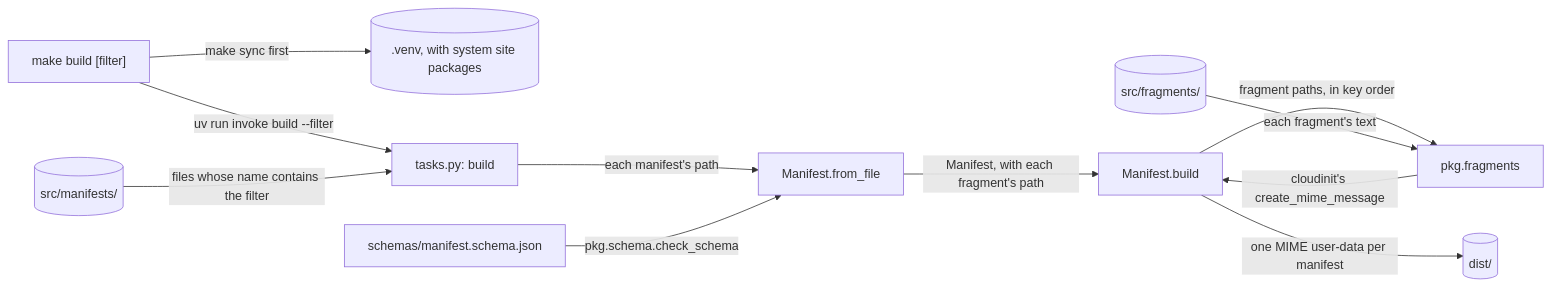
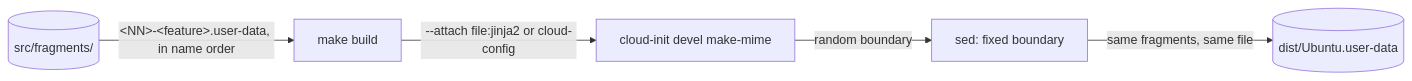
One commit to froazin/wsl changed the diagram in docs/build.md. Above: the diagram before and after it, drawn with Mermaid. The commit also changed other lines of this file and 44 other files, not shown here.

First line of the commit message:
feat(cloud-init): Build one Ubuntu user-data and release it with commitizen (#12)

````diff
--- a/docs/build.md
+++ b/docs/build.md
@@ -27,15 +21,9 @@
 ```mermaid
 flowchart LR
-    accTitle: How make build turns the manifests into dist
-    accDescr: make build sets up the venv with make sync, then runs invoke build. The build task picks the manifests in src/manifests whose file name contains the filter. Manifest.from_file reads each one, checks it with pkg.schema against schemas/manifest.schema.json and resolves its fragment names to paths in src/fragments. Manifest.build passes the paths to pkg.fragments, which joins them with cloud-init's create_mime_message and returns the user-data, which build writes to dist.
-    make["make build [filter]"] -->|"make sync first"| venv[(".venv, with system site packages")]
-    make -->|"uv run invoke build --filter"| task["tasks.py: build"]
-    manifests[("src/manifests/")] -->|"files whose name contains the filter"| task
-    task -->|"each manifest's path"| load["Manifest.from_file"]
-    schema["schemas/manifest.schema.json"] -->|"pkg.schema.check_schema"| load
-    load -->|"Manifest, with each fragment's path"| build["Manifest.build"]
-    build -->|"fragment paths, in key order"| join["pkg.fragments"]
-    fragments[("src/fragments/")] -->|"each fragment's text"| join
-    join -->|"cloudinit's create_mime_message"| build
-    build -->|"one MIME user-data per manifest"| dist[("dist/")]
+    accTitle: How make build turns the fragments into the user-data
+    accDescr: make build passes every fragment in src/fragments, in file name order, to cloud-init devel make-mime as a jinja2 or cloud-config part. sed replaces make-mime's random MIME boundary with a fixed one, and the result is dist/Ubuntu.user-data.
+    fragments[("src/fragments/")] -->|"#lt;NN#gt;-#lt;feature#gt;.user-data, in name order"| make["make build"]
+    make -->|"--attach file:jinja2 or cloud-config"| mime["cloud-init devel make-mime"]
+    mime -->|"random boundary"| sed["sed: fixed boundary"]
+    sed -->|"same fragments, same file"| dist[("dist/Ubuntu.user-data")]
 ```
````
